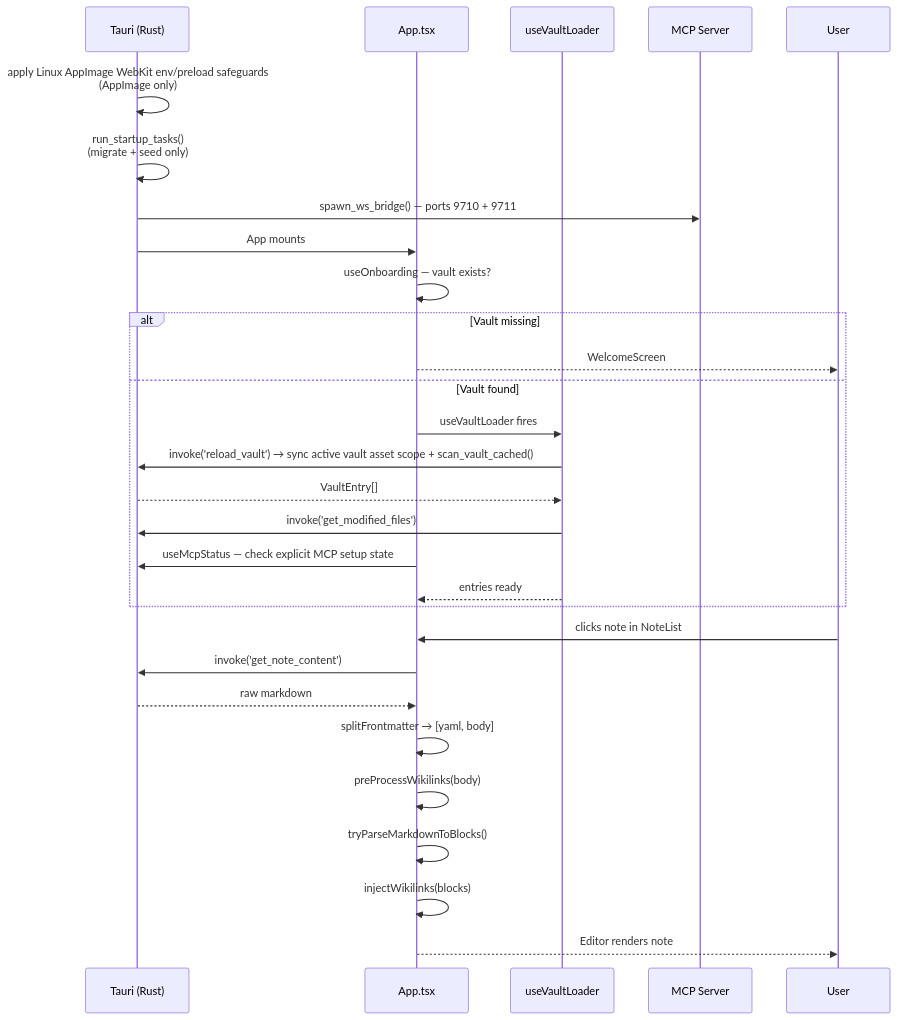
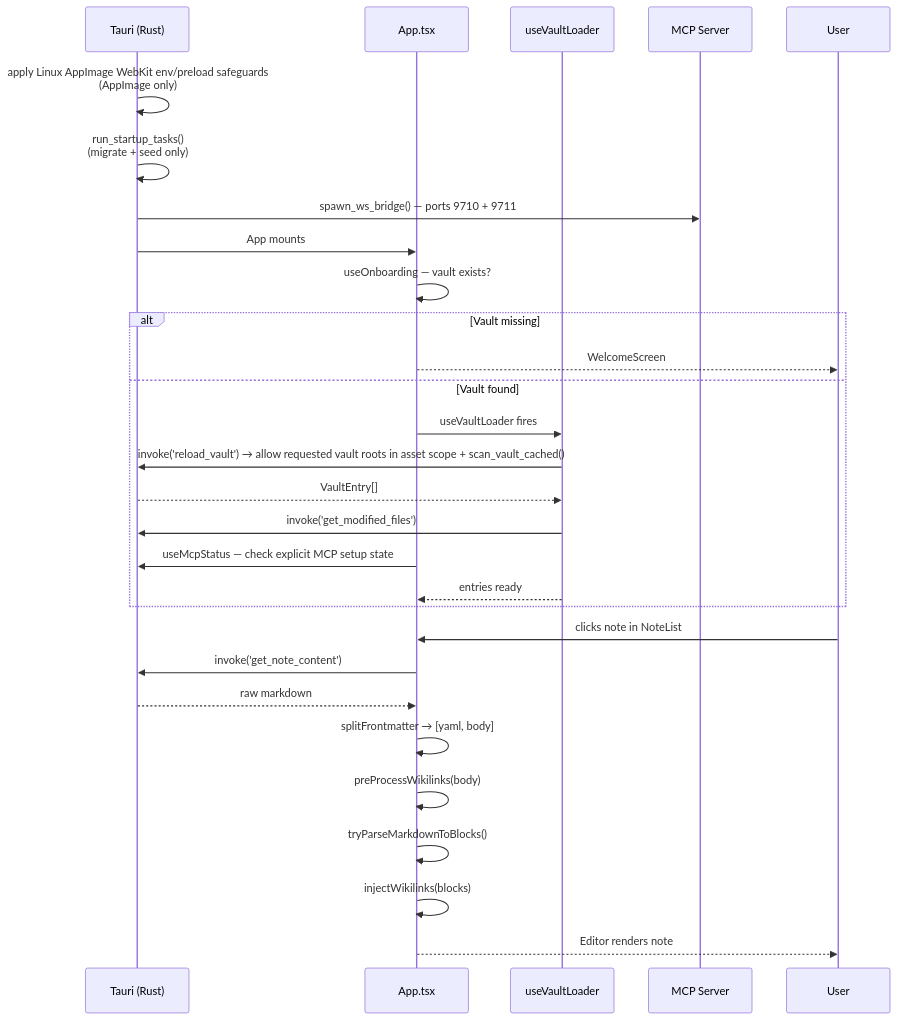
One commit to aimeritething/Fuwa changed the seventh of 10 diagrams in docs/ARCHITECTURE.md. Above: the diagram before and after it, drawn with Mermaid. The commit also changed other lines of this file and 4 other files, not shown here.

Commit message:
fix: keep vault asset previews available after switches

````diff
--- a/docs/ARCHITECTURE.md
+++ b/docs/ARCHITECTURE.md
@@ -527,34 +527,34 @@
 ```mermaid
 sequenceDiagram
     participant T as Tauri (Rust)
     participant A as App.tsx
     participant VL as useVaultLoader
     participant MCP as MCP Server
     participant U as User
 
     T->>T: apply Linux AppImage WebKit env/preload safeguards<br/>(AppImage only)
     T->>T: run_startup_tasks()<br/>(migrate + seed only)
     T->>MCP: spawn_ws_bridge() — ports 9710 + 9711
     T->>A: App mounts
 
     A->>A: useOnboarding — vault exists?
     alt Vault missing
         A-->>U: WelcomeScreen
     else Vault found
         A->>VL: useVaultLoader fires
-        VL->>T: invoke('reload_vault') → sync active vault asset scope + scan_vault_cached()
+        VL->>T: invoke('reload_vault') → allow requested vault roots in asset scope + scan_vault_cached()
         T-->>VL: VaultEntry[]
         VL->>T: invoke('get_modified_files')
         A->>T: useMcpStatus — check explicit MCP setup state
         VL-->>A: entries ready
     end
 
     U->>A: clicks note in NoteList
     A->>T: invoke('get_note_content')
     T-->>A: raw markdown
     A->>A: splitFrontmatter → [yaml, body]
     A->>A: preProcessWikilinks(body)
     A->>A: tryParseMarkdownToBlocks()
     A->>A: injectWikilinks(blocks)
     A-->>U: Editor renders note
 ```
````
